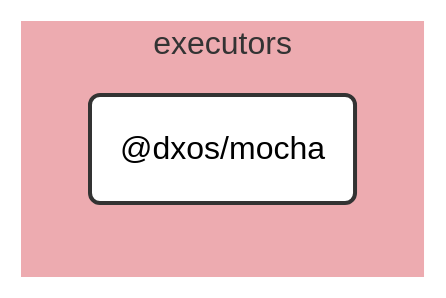
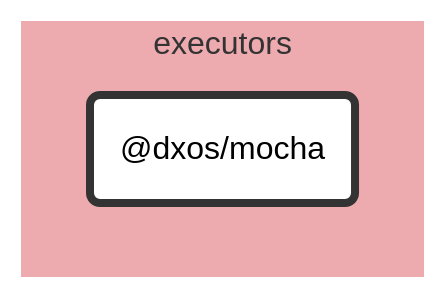
Before and after one commit to dxos/dxos: the diagram in tools/executors/mocha/docs/README.md, drawn with Mermaid (forest theme). The commit also changed 683 other files, not shown here.

````diff
--- a/tools/executors/mocha/docs/README.md
+++ b/tools/executors/mocha/docs/README.md
@@ -7,25 +7,20 @@
 ```mermaid
 %%{ init: {'flowchart':{'curve':'basis'}} }%%
 
 flowchart LR
 
-%% Links
+%% Classes
+classDef def fill:#fff,stroke:#333,stroke-width:1px
+classDef root fill:#fff,stroke:#333,stroke-width:4px
 
-%% Sections
-subgraph executors
-  style executors fill:#edabb0,stroke:#fff;
+%% Nodes
 
-  dxos/mocha("@dxos/mocha")
+subgraph executors [executors]
+  style executors fill:#edabb0,stroke:#fff
+  dxos/mocha("@dxos/mocha"):::root
+  click dxos/mocha "dxos/dxos/tree/main/tools/executors/mocha/docs"
 end
 
-
-%% Hyperlinks
-
-%% Styles
-classDef rootNode fill:#fff,stroke:#333,stroke-width:2px
-classDef defaultNode fill:#fff,stroke:#333,stroke-width:1px
+%% Links
 linkStyle default stroke:#333,stroke-width:1px
-
-dxos/mocha:::rootNode
-
 ```
````
